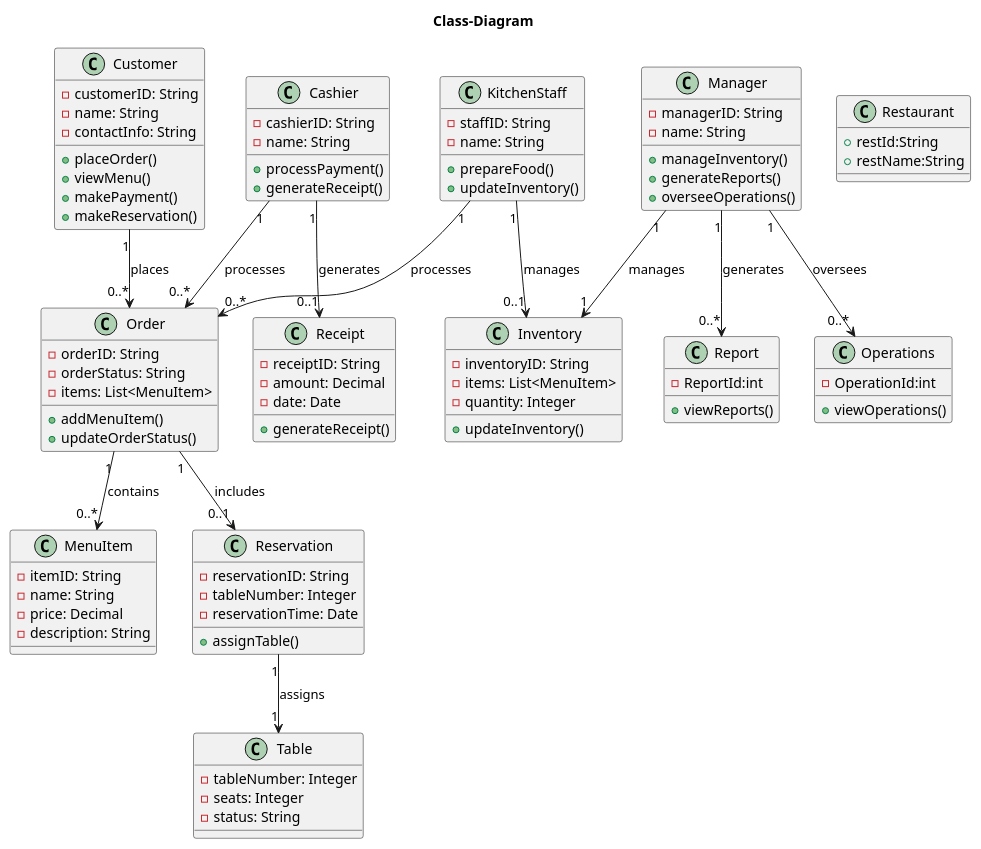
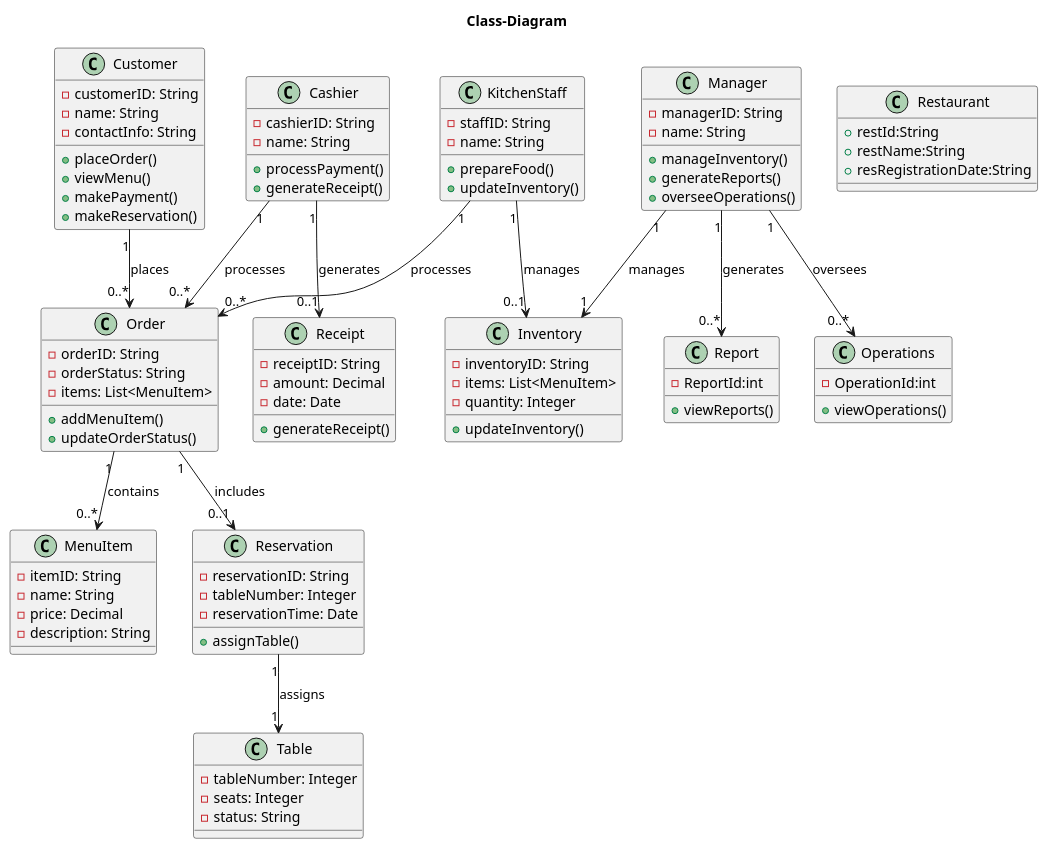
One commit to sohamdc/Restaurant-Uml-Diagrams changed the diagram in Class-Diagram.puml. Above: the diagram before and after it, drawn with PlantUML.

Commit message:
I have created one class and update it

```diff
--- a/Class-Diagram.puml
+++ b/Class-Diagram.puml
@@ -1,108 +1,109 @@
 @startuml
 
 title "Class-Diagram"
 ' Define the classes
 class Customer {
     - customerID: String
     - name: String
     - contactInfo: String
     + placeOrder()
     + viewMenu()
     + makePayment()
     + makeReservation()
 }
 
 class Restaurant
 {
     +restId:String
     +restName:String
+    +resRegistrationDate:String
 }
 
 class Order {
     - orderID: String
     - orderStatus: String
     - items: List<MenuItem>
     + addMenuItem()
     + updateOrderStatus()
 }
 
 class MenuItem {
     - itemID: String
     - name: String
     - price: Decimal
     - description: String
 }
 
 class Reservation {
     - reservationID: String
     - tableNumber: Integer
     - reservationTime: Date
     + assignTable()
 }
 
 class Table {
     - tableNumber: Integer
     - seats: Integer
     - status: String
 }
 
 class KitchenStaff {
     - staffID: String
     - name: String
     + prepareFood()
     + updateInventory()
 }
 
 class Inventory {
     - inventoryID: String
     - items: List<MenuItem>
     - quantity: Integer
     + updateInventory()
 }
 
 class Cashier {
     - cashierID: String
     - name: String
     + processPayment()
     + generateReceipt()
 }
 
 class Receipt {
     - receiptID: String
     - amount: Decimal
     - date: Date
     + generateReceipt()
 }
 
 class Manager {
     - managerID: String
     - name: String
     + manageInventory()
     + generateReports()
     + overseeOperations()
 }
 
 class Operations{
 -OperationId:int
 +viewOperations()
 }
 
 class Report{
 -ReportId:int
 +viewReports()
 }
 
 
 ' Relationships
 Customer "1" --> "0..*" Order : places
 Order "1" --> "0..*" MenuItem : contains
 Order "1" --> "0..1" Reservation : includes
 Reservation "1" --> "1" Table : assigns
 KitchenStaff "1" --> "0..1" Inventory : manages
 KitchenStaff "1" --> "0..*" Order : processes
 Cashier "1" --> "0..1" Receipt : generates
 Cashier "1" --> "0..*" Order : processes
 Manager "1" --> "1" Inventory : manages
 Manager "1" --> "0..*" Report : generates
 Manager "1" --> "0..*" Operations : oversees
 @enduml
```
